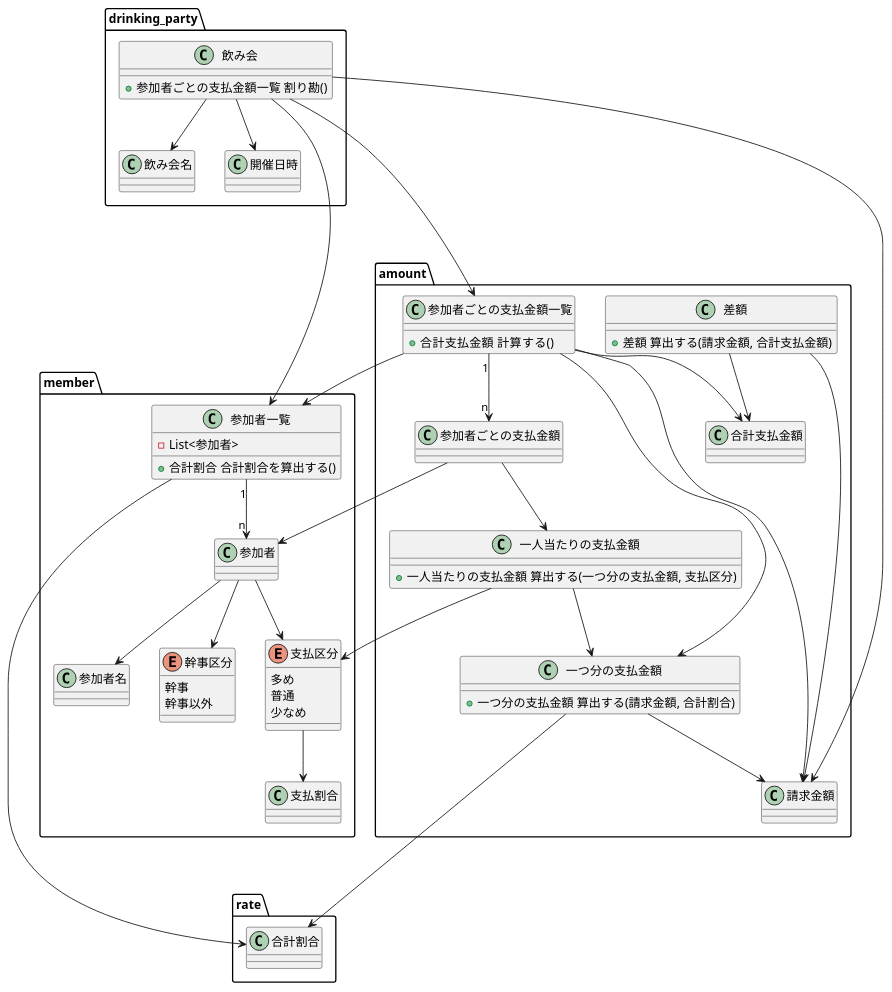
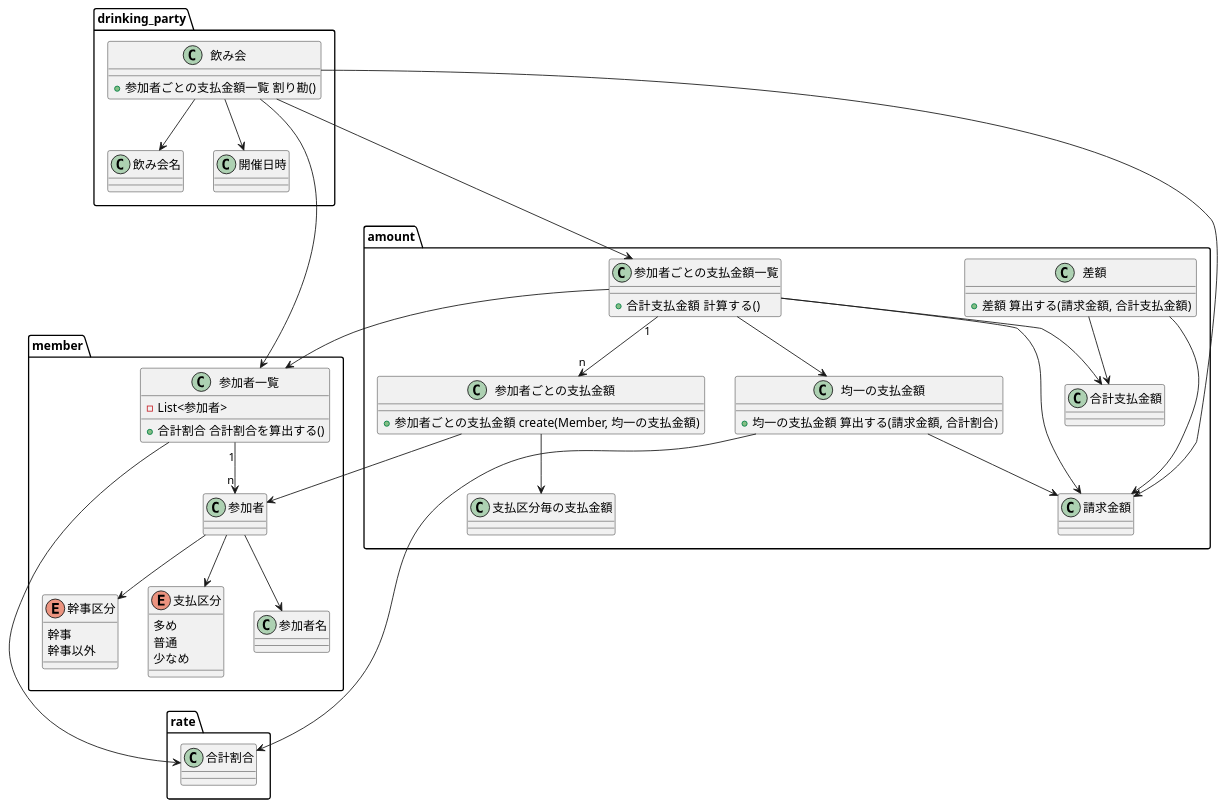
The diagram in doc/モデル３.puml (mmm00mmm/ddd-warikan), drawn with PlantUML before and after one commit. The commit also changed 6 other files, not shown here.

```diff
--- a/doc/モデル３.puml
+++ b/doc/モデル３.puml
@@ -1,90 +1,86 @@
 @startuml
 
 package drinking_party {
     class 飲み会 {
         + 参加者ごとの支払金額一覧 割り勘()
     }
     class 飲み会名 {
     }
     class 開催日時 {
     }
 
     飲み会 --> 飲み会名
     飲み会 --> 開催日時
 }
 
 package member {
     class 参加者一覧 {
         - List<参加者>
         + 合計割合 合計割合を算出する()
     }
     class 参加者名 {
     }
     enum 幹事区分 {
         幹事
         幹事以外
     }
     enum 支払区分 {
         多め
         普通
         少なめ
     }
 
     参加者一覧 "1" --> "n" 参加者
     参加者 --> 参加者名
     参加者 --> 幹事区分
     参加者 --> 支払区分
-    支払区分 --> 支払割合
 }
 
 package rate {
     class 合計割合 {
     }
 }
 
 
 package amount {
     class 請求金額 {
     }
-    class 一つ分の支払金額 {
-        + 一つ分の支払金額 算出する(請求金額, 合計割合)
+    class 均一の支払金額 {
+        + 均一の支払金額 算出する(請求金額, 合計割合)
     }
-    class 一人当たりの支払金額 {
-        + 一人当たりの支払金額 算出する(一つ分の支払金額, 支払区分)
+    class 支払区分毎の支払金額 {
     }
     class 参加者ごとの支払金額 {
+        + 参加者ごとの支払金額 create(Member, 均一の支払金額)
     }
     class 参加者ごとの支払金額一覧 {
         + 合計支払金額  計算する()
     }
     class 合計支払金額 {
     }
     class 差額 {
         + 差額 算出する(請求金額, 合計支払金額)
     }
 
-    一つ分の支払金額 --> 請求金額
-    参加者ごとの支払金額 --> 一人当たりの支払金額
+    均一の支払金額 --> 請求金額
+    参加者ごとの支払金額 --> 支払区分毎の支払金額
     参加者ごとの支払金額一覧 "1" --> "n" 参加者ごとの支払金額
     参加者ごとの支払金額一覧 --> 合計支払金額
     差額 --> 請求金額
     差額 --> 合計支払金額
 }
 
 飲み会 --> 請求金額
-飲み会 ----> 参加者ごとの支払金額一覧
+飲み会 ---> 参加者ごとの支払金額一覧
 飲み会 --> 参加者一覧
 
-一つ分の支払金額 ----> 合計割合
+均一の支払金額 ----> 合計割合
 参加者一覧 ----> 合計割合
 
 参加者ごとの支払金額一覧 --> 参加者一覧
 参加者ごとの支払金額一覧 --> 請求金額
-参加者ごとの支払金額一覧 --> 一つ分の支払金額
-
-一人当たりの支払金額 --> 一つ分の支払金額
-一人当たりの支払金額 --> 支払区分
+参加者ごとの支払金額一覧 --> 均一の支払金額
 
 参加者ごとの支払金額 --> 参加者
 
 @enduml
```
